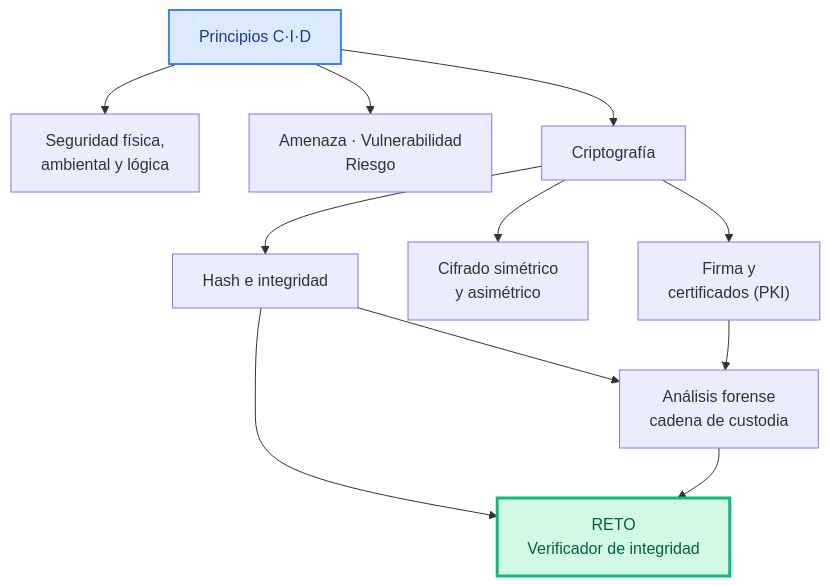
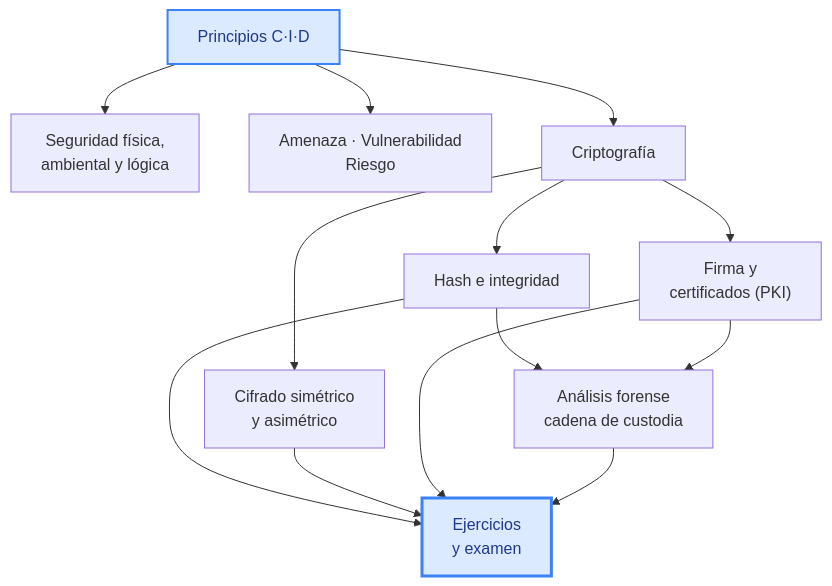
Before and after one commit to campusdevfp/cybersec2627: the first of 10 diagrams in docs/ud1/index.md, drawn with Mermaid. The commit also changed other lines of this file, not shown here.

````diff
--- a/docs/ud1/index.md
+++ b/docs/ud1/index.md
@@ -10,15 +10,17 @@
 ```mermaid
 flowchart TB
     A["Principios C·I·D"] --> B["Seguridad física,<br/>ambiental y lógica"]
     A --> R["Amenaza · Vulnerabilidad<br/>Riesgo"]
     A --> C["Criptografía"]
     C --> C1["Hash e integridad"]
     C --> C2["Cifrado simétrico<br/>y asimétrico"]
     C --> C3["Firma y<br/>certificados (PKI)"]
     C1 --> D["Análisis forense<br/>cadena de custodia"]
     C3 --> D
-    C1 --> P["RETO<br/>Verificador de integridad"]
+    C1 --> P["Ejercicios<br/>y examen"]
+    C2 --> P
+    C3 --> P
     D --> P
-    style P fill:#d1fae5,color:#065f46,stroke:#10b981,stroke-width:3px
+    style P fill:#dbeafe,color:#1e3a8a,stroke:#3b82f6,stroke-width:3px
     style A fill:#dbeafe,color:#1e3a8a,stroke:#3b82f6,stroke-width:2px
 ```
````
